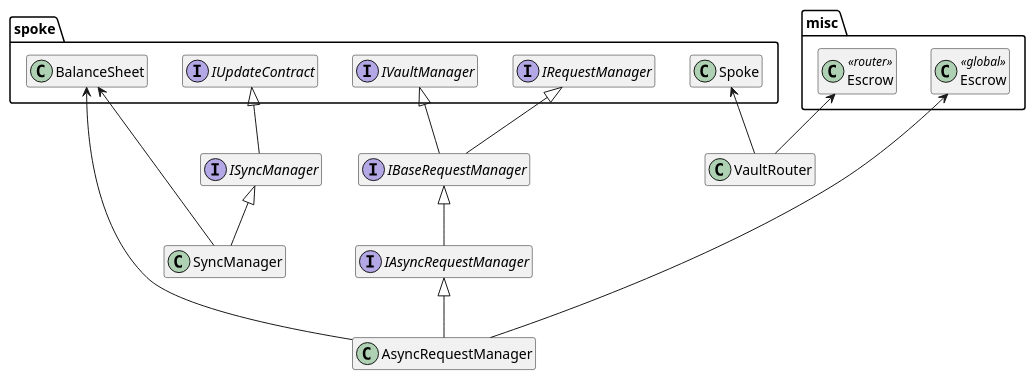
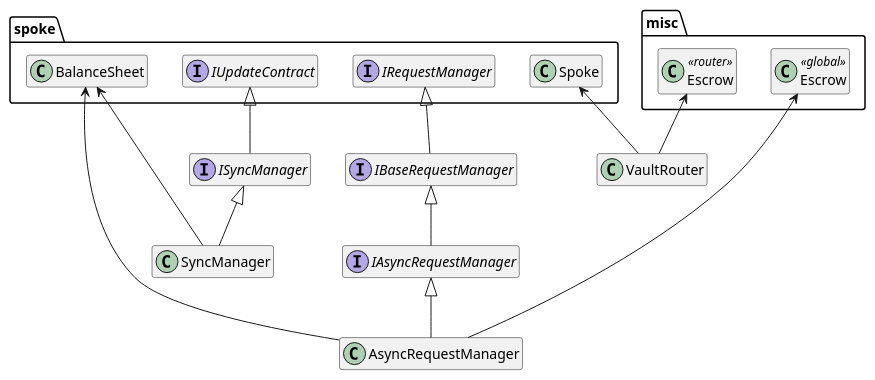
Before and after one commit to centrifuge/protocol: the diagram in docs/architecture/vaults/managers.puml, drawn with PlantUML. The commit also changed 13 other files, not shown here.

Commit message:
remove IVaultManager

```diff
--- a/docs/architecture/vaults/managers.puml
+++ b/docs/architecture/vaults/managers.puml
@@ -1,38 +1,36 @@
 @startuml
 hide empty members
 
 package misc {
     class "Escrow" as GlobalEscrow<<global>>
     class "Escrow" as RouterEscrow<<router>>
 }
 
 package spoke {
     class Spoke
     class BalanceSheet
     interface IUpdateContract
-    interface IVaultManager
     interface IRequestManager
 }
 
 interface IBaseRequestManager
 
 interface IAsyncRequestManager
 interface ISyncManager
 
 IBaseRequestManager -up-|> IRequestManager
-IBaseRequestManager -up-|> IVaultManager
 
 IAsyncRequestManager -up-|> IBaseRequestManager
 ISyncManager -up-|> IUpdateContract
 
 AsyncRequestManager -up--> GlobalEscrow
 AsyncRequestManager -up--> BalanceSheet
 AsyncRequestManager -up-|> IAsyncRequestManager
 
 SyncManager -up-|> ISyncManager
 SyncManager -up--> BalanceSheet
 
 VaultRouter -up-> RouterEscrow
 VaultRouter -up-> Spoke
 
 @enduml
```
